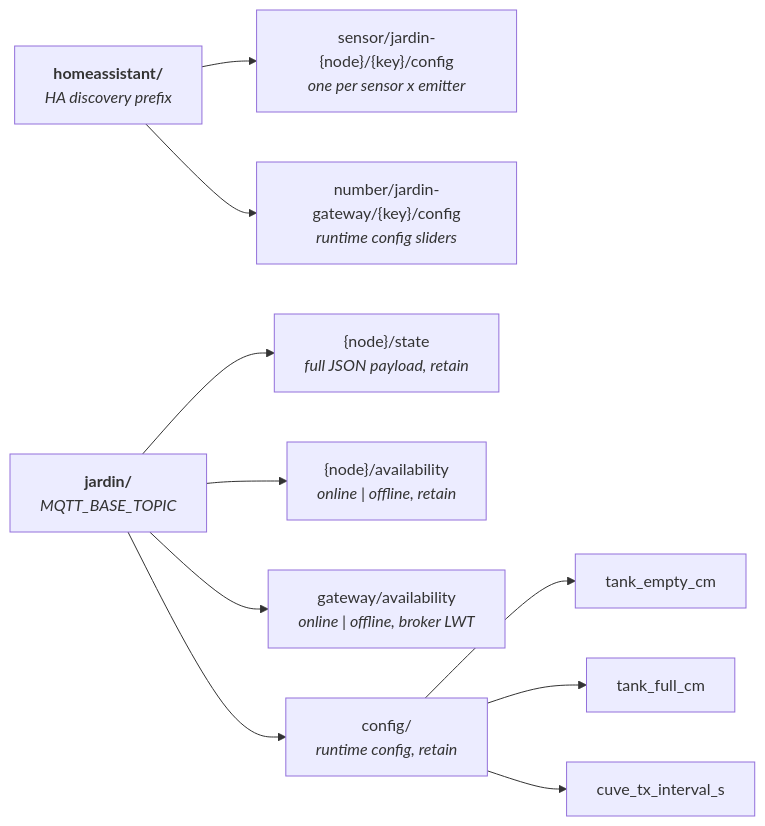
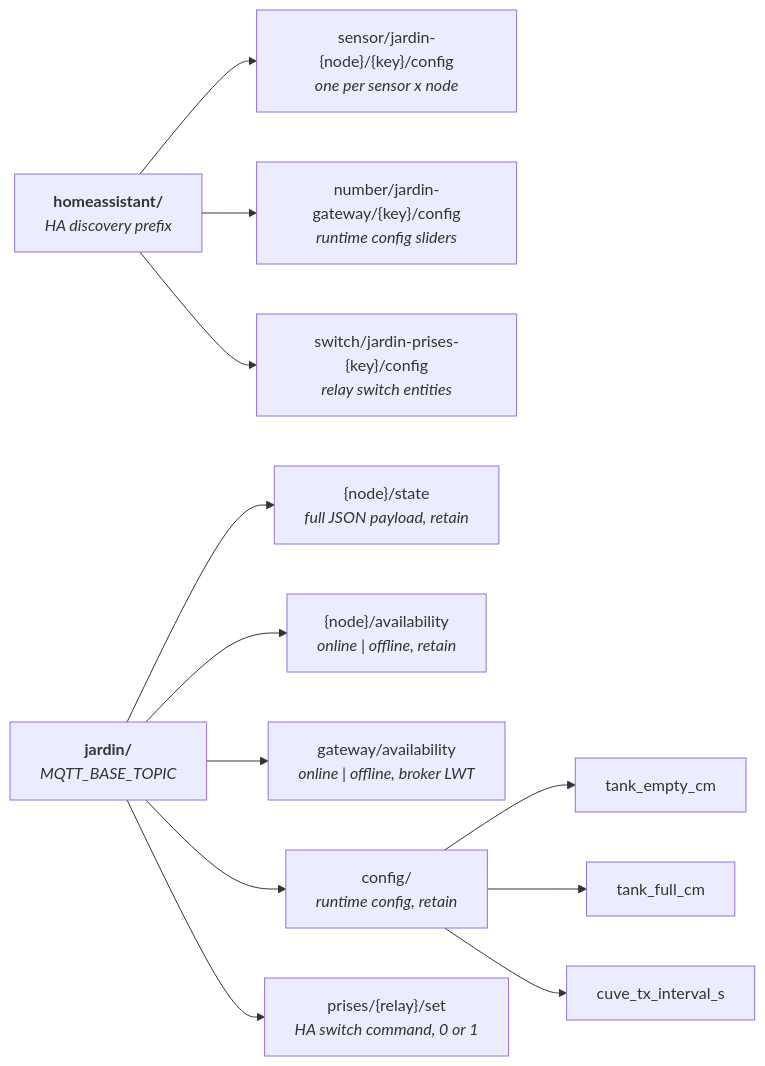
The fifth of 7 diagrams in README.md (gre/jardin-sensors), drawn with Mermaid before and after one commit. The commit also changed other lines of this file and 8 other files, not shown here.

````diff
--- a/README.md
+++ b/README.md
@@ -200,15 +282,17 @@
 ```mermaid
 flowchart LR
     HA["<b>homeassistant/</b><br/><i>HA discovery prefix</i>"]
-    HA --> HAS["sensor/jardin-{node}/{key}/config<br/><i>one per sensor x emitter</i>"]
+    HA --> HAS["sensor/jardin-{node}/{key}/config<br/><i>one per sensor x node</i>"]
     HA --> HAN["number/jardin-gateway/{key}/config<br/><i>runtime config sliders</i>"]
+    HA --> HASW["switch/jardin-prises-{key}/config<br/><i>relay switch entities</i>"]
 
     J["<b>jardin/</b><br/><i>MQTT_BASE_TOPIC</i>"]
     J --> JS["{node}/state<br/><i>full JSON payload, retain</i>"]
     J --> JA["{node}/availability<br/><i>online | offline, retain</i>"]
     J --> JG["gateway/availability<br/><i>online | offline, broker LWT</i>"]
     J --> JC["config/<br/><i>runtime config, retain</i>"]
     JC --> JCE[tank_empty_cm]
     JC --> JCF[tank_full_cm]
     JC --> JCT[cuve_tx_interval_s]
+    J --> JR["prises/{relay}/set<br/><i>HA switch command, 0 or 1</i>"]
 ```
````
